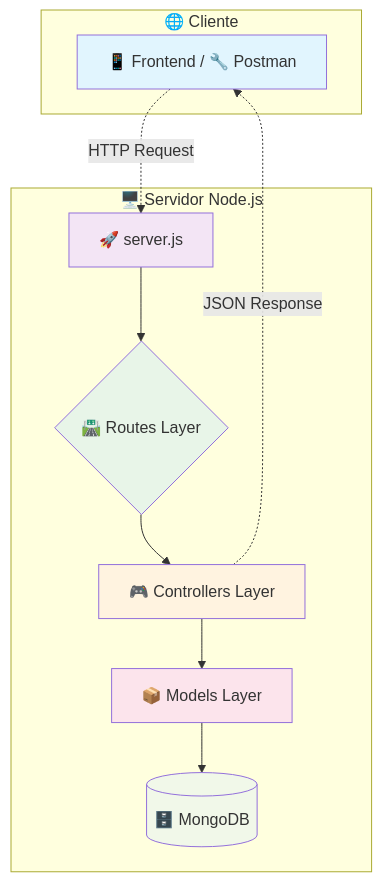
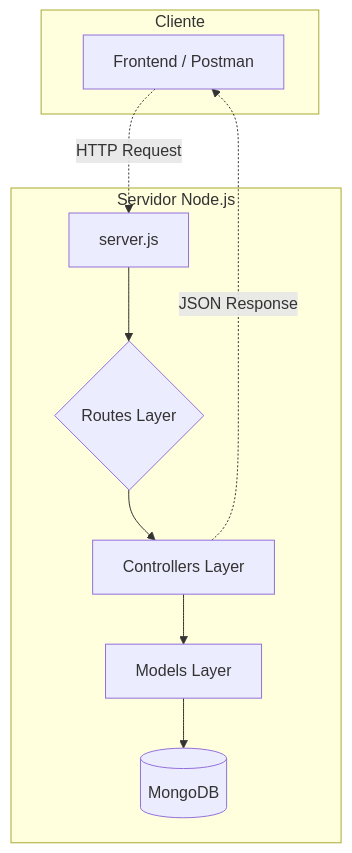
One commit to ESousa97/3266-express-mongo changed the diagram in README.MD. Above: the diagram before and after it, drawn with Mermaid. The commit also changed other lines of this file, not shown here.

````diff
--- a/README.MD
+++ b/README.MD
@@ -73,23 +81,14 @@
 ```mermaid
 graph TD
-    subgraph "🌐 Cliente"
-        A[📱 Frontend / 🔧 Postman]
+    subgraph "Cliente"
+        A[Frontend / Postman]
     end
-
-    subgraph "🖥️ Servidor Node.js"
-        B[🚀 server.js] --> C{🛣️ Routes Layer}
-        C --> D[🎮 Controllers Layer]
-        D --> E[📦 Models Layer]
-        E --> F[(🗄️ MongoDB)]
+    subgraph "Servidor Node.js"
+        B[server.js] --> C{Routes Layer}
+        C --> D[Controllers Layer]
+        D --> E[Models Layer]
+        E --> F[(MongoDB)]
     end
-
     A -.->|HTTP Request| B
     D -.->|JSON Response| A
-
-    style A fill:#e1f5fe
-    style B fill:#f3e5f5
-    style C fill:#e8f5e8
-    style D fill:#fff3e0
-    style E fill:#fce4ec
-    style F fill:#f1f8e9
 ```
````
